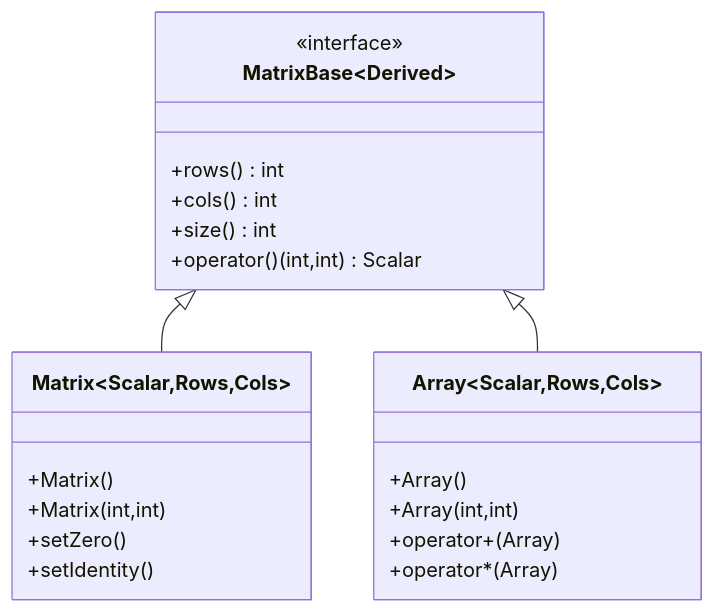
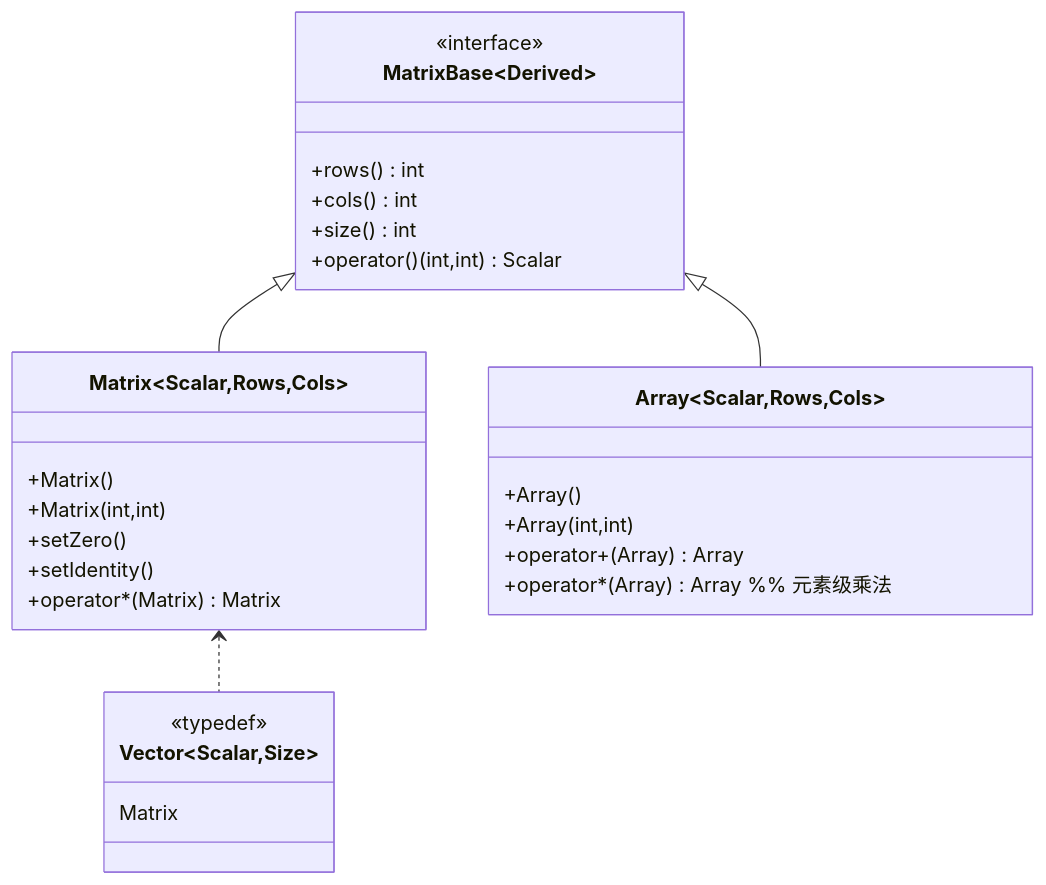
One commit to qchen-fdii-cardc/eigen3tutorial changed the first of 2 diagrams in chp01.md. Above: the diagram before and after it, drawn with Mermaid. The commit also changed other lines of this file and 3 other files, not shown here.

````diff
--- a/chp01.md
+++ b/chp01.md
@@ -10,27 +10,34 @@
 ```mermaid
 classDiagram
     class MatrixBase~Derived~ {
         <<interface>>
         +rows() int
         +cols() int
         +size() int
         +operator()(int,int) Scalar
     }
     
     class Matrix~Scalar,Rows,Cols~ {
         +Matrix()
         +Matrix(int,int)
         +setZero()
         +setIdentity()
+        +operator*(Matrix) Matrix
     }
     
     class Array~Scalar,Rows,Cols~ {
         +Array()
         +Array(int,int)
-        +operator+(Array)
-        +operator*(Array)
+        +operator+(Array) Array
+        +operator*(Array) Array %% 元素级乘法
+    }
+    
+    class Vector~Scalar,Size~ {
+        <<typedef>>
+        Matrix<Scalar,Size,1>
     }
     
     MatrixBase <|-- Matrix
     MatrixBase <|-- Array
+    Matrix <.. Vector
 ```
````
